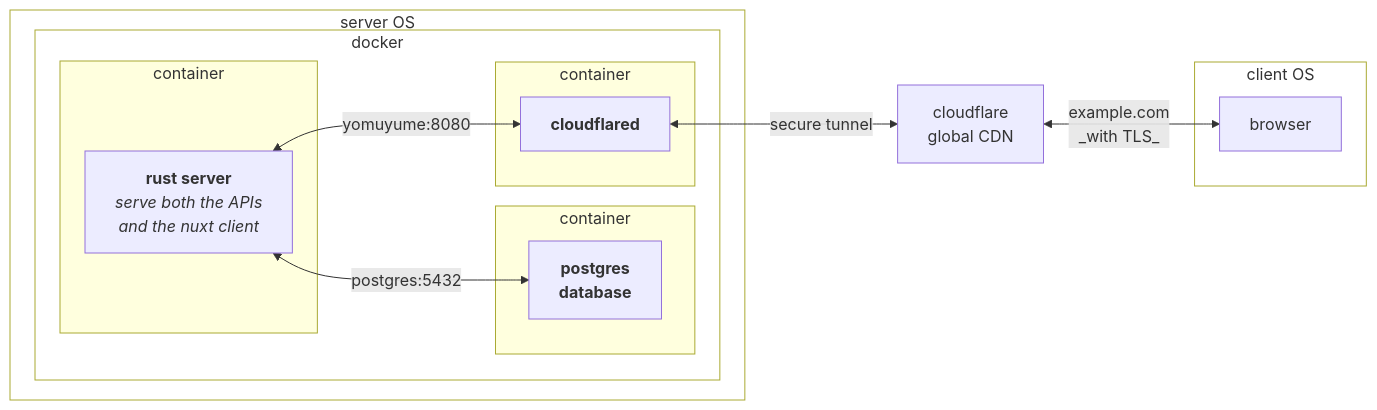
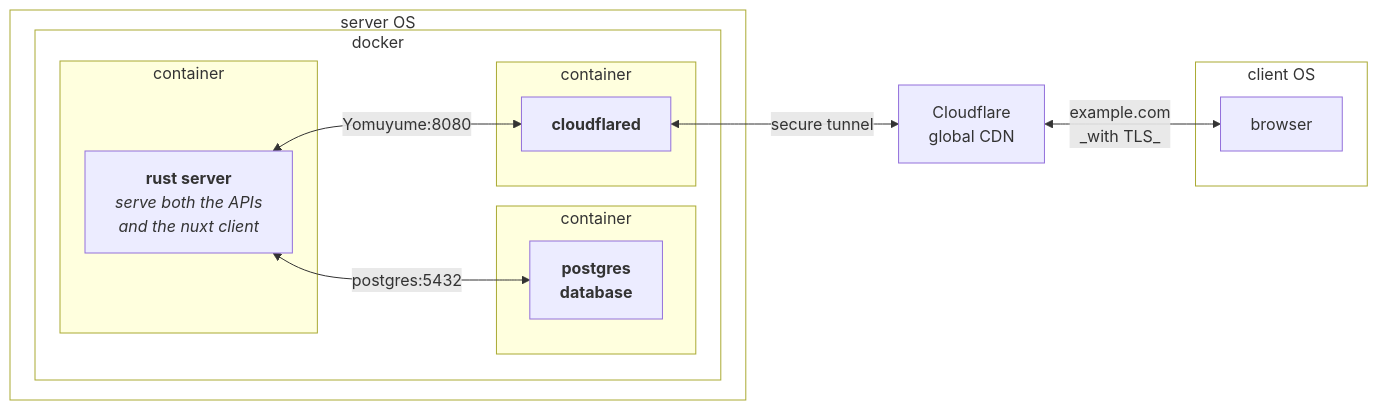
One commit to Liminova/yomuyume changed the third of 3 diagrams in README.md. Above: the diagram before and after it, drawn with Mermaid. The commit also changed other lines of this file, not shown here.

````diff
--- a/README.md
+++ b/README.md
@@ -123,39 +129,39 @@
 ```mermaid
   flowchart LR
     server["`**rust server**<br>_serve both the APIs<br>and the nuxt client_`"]
     db["`**postgres<br>database**`"]
     cloudflared["`**cloudflared**`"]
 
     server <-- postgres:5432 --> db
-    server <-- yomuyume:8080 --> cloudflared
-    cloudflared <-- secure tunnel --> cloudflare_cdn["`cloudflare<br>global CDN`"]
+    server <-- Yomuyume:8080 --> cloudflared
+    cloudflared <-- secure tunnel --> cloudflare_cdn["`Cloudflare<br>global CDN`"]
     cloudflare_cdn <-- example.com<br>_with TLS_ --> browser
 
     subgraph client_os["client OS"]
       browser
     end
     subgraph db_container["container"]
       db
     end
     subgraph server_container["container"]
       server
     end
     subgraph cloudflare_container["container"]
       cloudflared
     end
 
     subgraph docker
       server_container
       db_container
       cloudflare_container
     end
 
     subgraph server_os["server OS"]
       cloudflared
       docker
     end
 
     style server_os fill:transparent
     style docker fill:transparent
     style client_os fill:transparent
 ```
````
